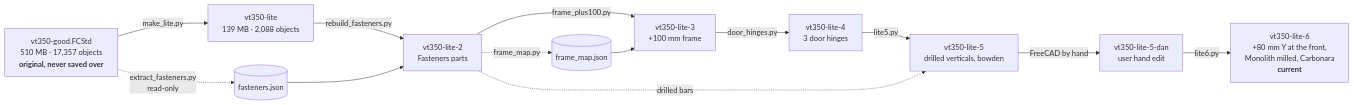
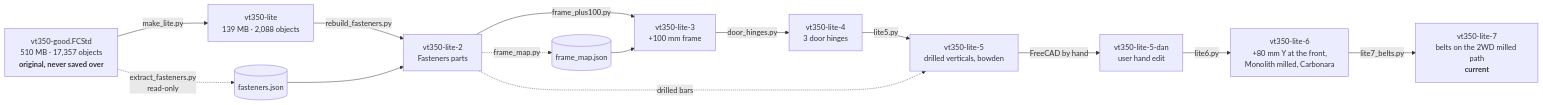
Before and after one commit to dvystrcil/vt350: the diagram in cad/README.md, drawn with Mermaid. The commit also changed other lines of this file and 3 other files, not shown here.

First line of the commit message:
CAD lite-7: re-draw both XY belts on the Monolith milled 2WD path

````diff
--- a/cad/README.md
+++ b/cad/README.md
@@ -10,23 +10,25 @@
 ```mermaid
 flowchart LR
     G["vt350-good.FCStd<br/>510 MB · 17,357 objects<br/><b>original, never saved over</b>"]
     L1["vt350-lite<br/>139 MB · 2,088 objects"]
     L2["vt350-lite-2<br/>Fasteners parts"]
     L3["vt350-lite-3<br/>+100 mm frame"]
     L4["vt350-lite-4<br/>3 door hinges"]
     L5["vt350-lite-5<br/>drilled verticals, bowden"]
     L5D["vt350-lite-5-dan<br/>user hand edit"]
-    L6["vt350-lite-6<br/>+80 mm Y at the front,<br/>Monolith milled, Carbonara<br/><b>current</b>"]
+    L6["vt350-lite-6<br/>+80 mm Y at the front,<br/>Monolith milled, Carbonara"]
+    L7["vt350-lite-7<br/>belts on the 2WD milled path<br/><b>current</b>"]
     G -->|make_lite.py| L1
     G -.->|extract_fasteners.py<br/>read-only| J[(fasteners.json)]
     L1 -->|rebuild_fasteners.py| L2
     J --> L2
     L2 -.->|frame_map.py| M[(frame_map.json)]
     L2 -->|frame_plus100.py| L3
     M --> L3
     L3 -->|door_hinges.py| L4
     L4 -->|lite5.py| L5
     L2 -.->|drilled bars| L5
     L5 -->|FreeCAD by hand| L5D
     L5D -->|lite6.py| L6
+    L6 -->|lite7_belts.py| L7
 ```
````
